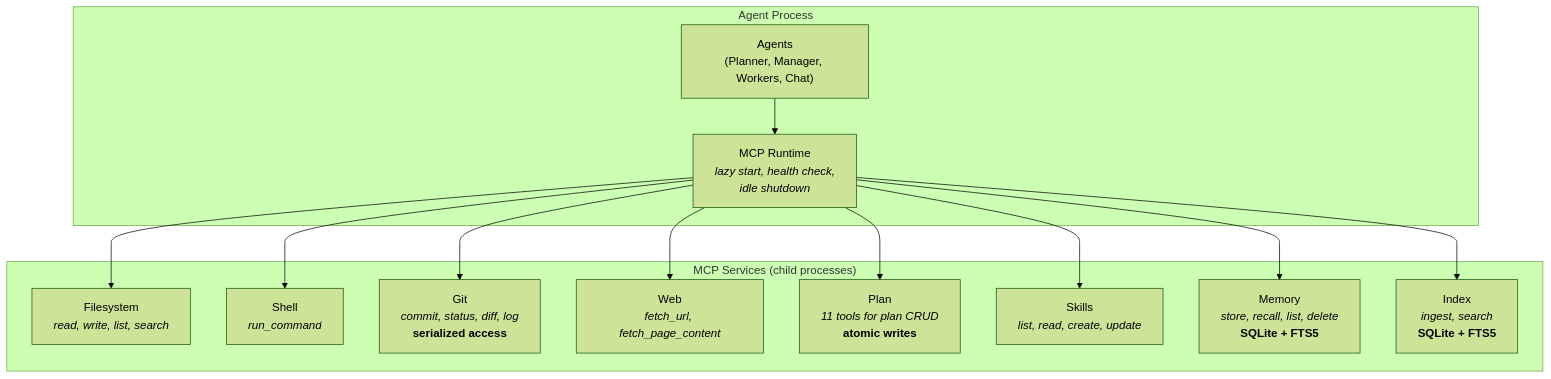
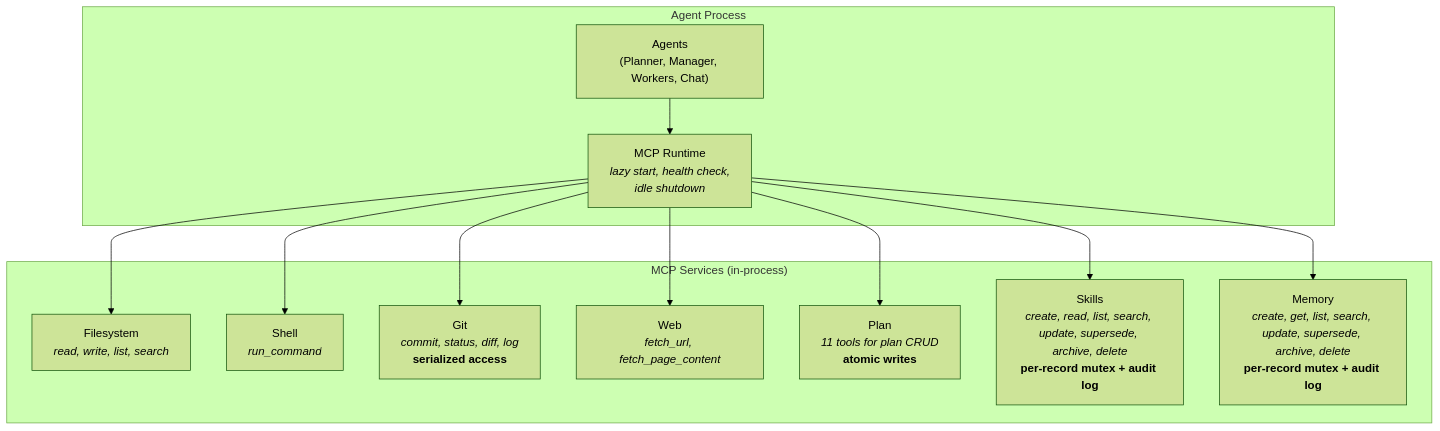
The tenth of 14 diagrams in SPEC/v2/06-SYSTEM-DESIGN.md (salva/saivage), drawn with Mermaid (forest theme) before and after one commit. The commit also changed other lines of this file and 8 other files, not shown here.

````diff
--- a/SPEC/v2/06-SYSTEM-DESIGN.md
+++ b/SPEC/v2/06-SYSTEM-DESIGN.md
@@ -508,21 +522,20 @@
 ```mermaid
 graph TB
     subgraph "Agent Process"
         AGENTS["Agents<br/>(Planner, Manager, Workers, Chat)"]
         MCPRT["MCP Runtime<br/><i>lazy start, health check,<br/>idle shutdown</i>"]
     end
 
-    subgraph "MCP Services (child processes)"
+    subgraph "MCP Services (in-process)"
         FS["Filesystem<br/><i>read, write, list, search</i>"]
         SH["Shell<br/><i>run_command</i>"]
         GIT["Git<br/><i>commit, status, diff, log</i><br/><b>serialized access</b>"]
         WEB["Web<br/><i>fetch_url, fetch_page_content</i>"]
         PLAN["Plan<br/><i>11 tools for plan CRUD</i><br/><b>atomic writes</b>"]
-        SK["Skills<br/><i>list, read, create, update</i>"]
-        MEM["Memory<br/><i>store, recall, list, delete</i><br/><b>SQLite + FTS5</b>"]
-        IDX["Index<br/><i>ingest, search</i><br/><b>SQLite + FTS5</b>"]
+        SK["Skills<br/><i>create, read, list, search, update, supersede, archive, delete</i><br/><b>per-record mutex + audit log</b>"]
+        MEM["Memory<br/><i>create, get, list, search, update, supersede, archive, delete</i><br/><b>per-record mutex + audit log</b>"]
     end
 
     AGENTS --> MCPRT
-    MCPRT --> FS & SH & GIT & WEB & PLAN & SK & MEM & IDX
+    MCPRT --> FS & SH & GIT & WEB & PLAN & SK & MEM
 ```
````
